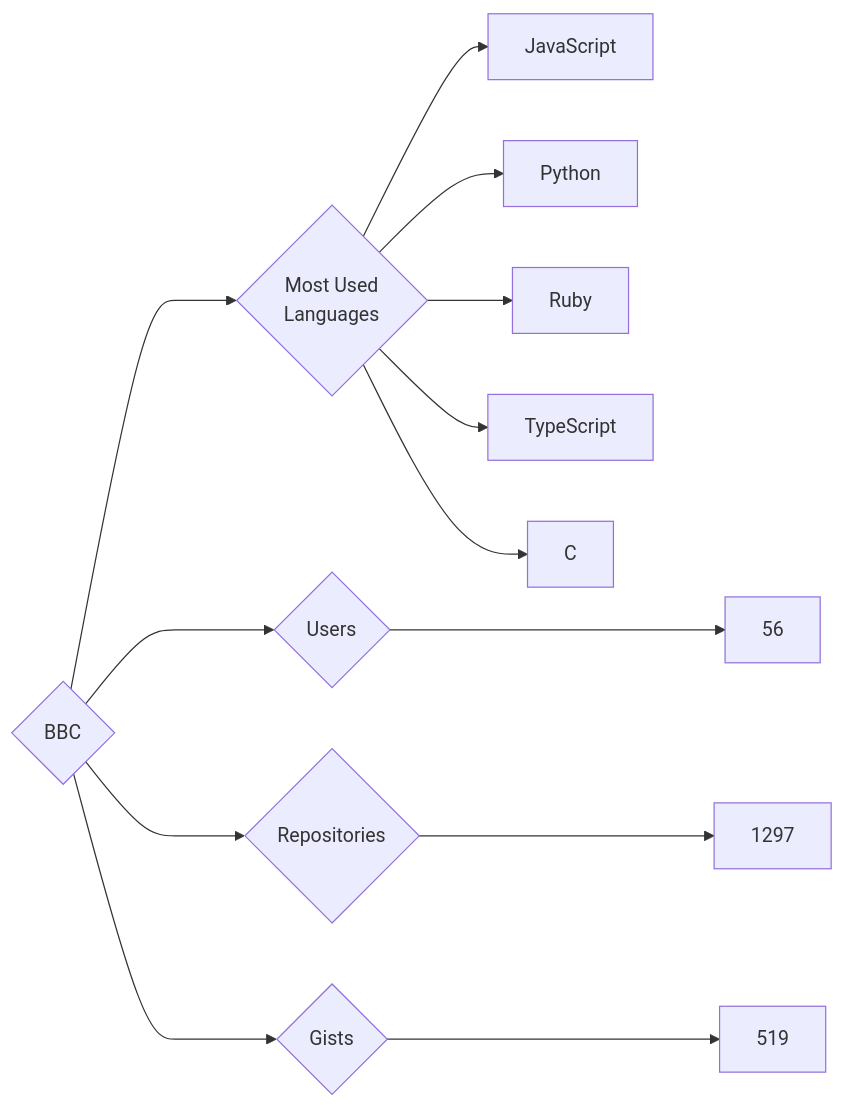
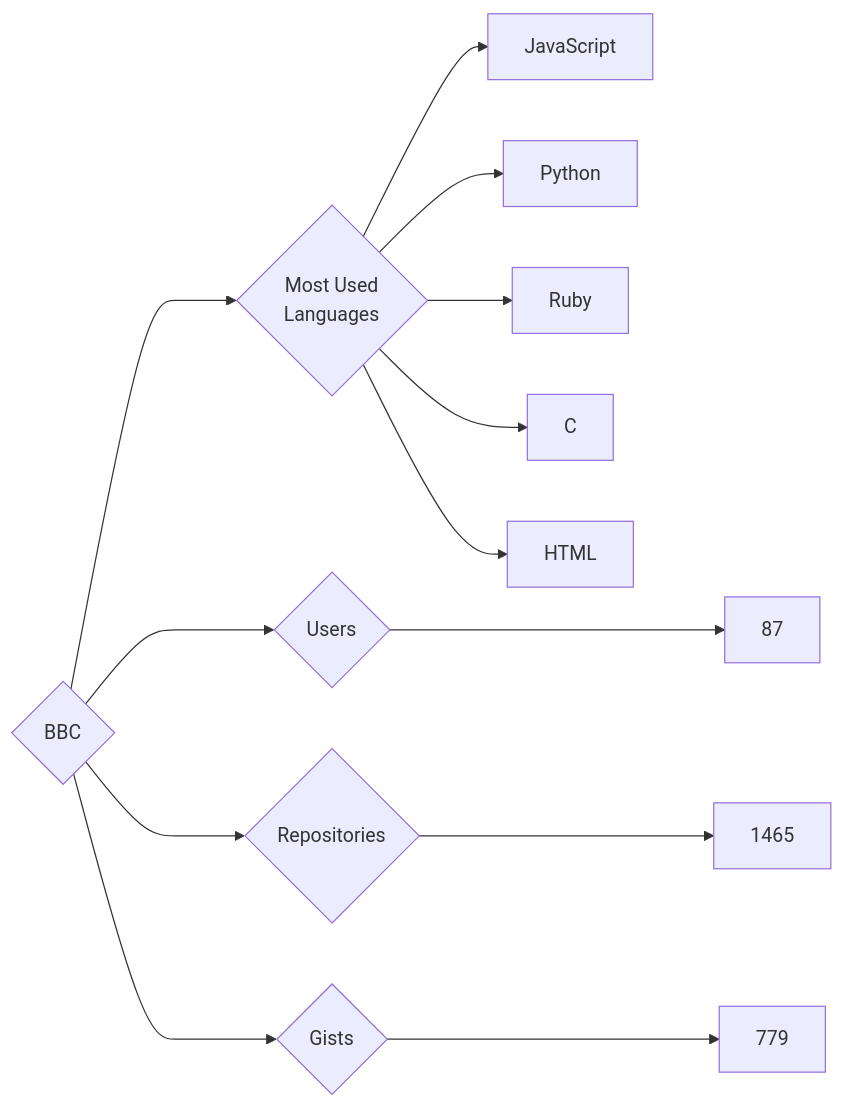
The diagram in targets/BBC/README.md (trickest/insiders), drawn with Mermaid before and after one commit. The commit also changed 934 other files, not shown here.

````diff
--- a/targets/BBC/README.md
+++ b/targets/BBC/README.md
@@ -3,13 +3,13 @@
 ```mermaid
 graph LR
 COMPANY_NAME{BBC}
-COMPANY_NAME ---> U{Users} ---> UN[56]
-COMPANY_NAME ---> R{Repositories} ---> RN[1297]
-COMPANY_NAME ---> G{Gists} ---> GN[519]
+COMPANY_NAME ---> U{Users} ---> UN[87]
+COMPANY_NAME ---> R{Repositories} ---> RN[1465]
+COMPANY_NAME ---> G{Gists} ---> GN[779]
 COMPANY_NAME ---> ML{Most Used<br>Languages}
 ML --> JavaScript[JavaScript]
 ML --> Python[Python]
 ML --> Ruby[Ruby]
-ML --> TypeScript[TypeScript]
 ML --> C[C]
+ML --> HTML[HTML]
 ```
````
